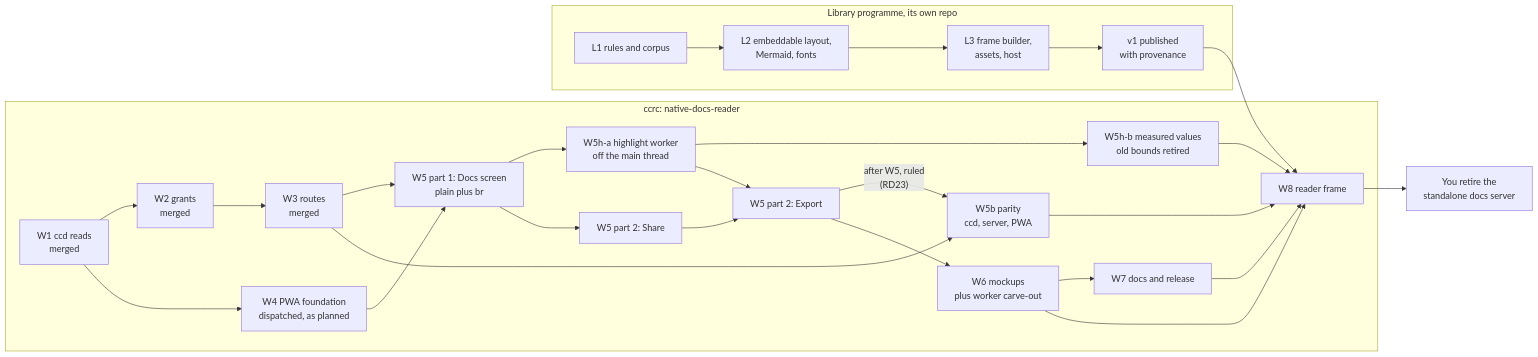
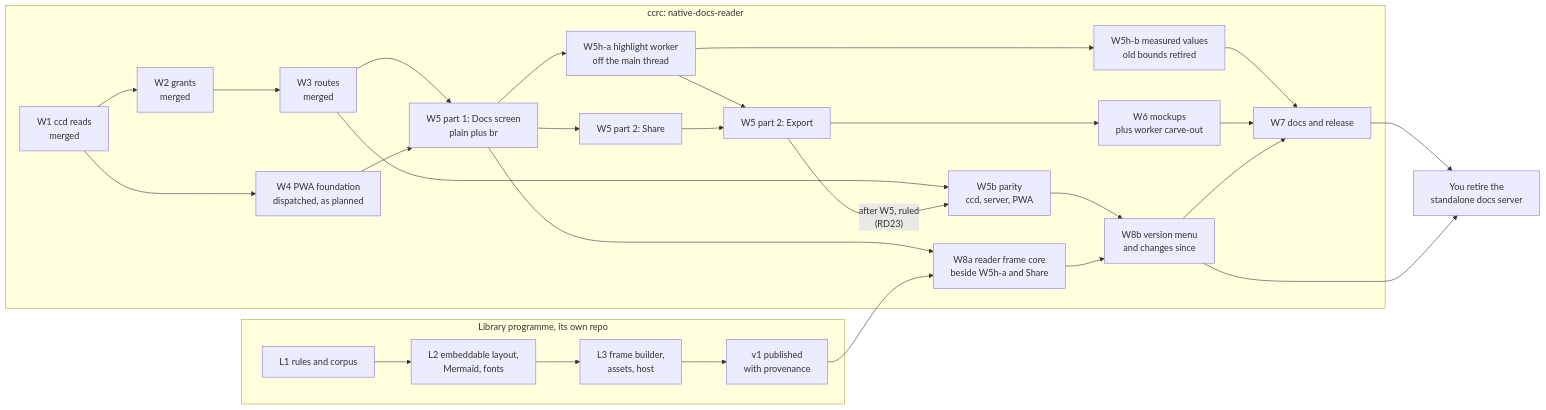
The third of 4 diagrams in docs/superpowers/specs/2026-10-12-rich-docs-reader-and-shared-renderer-design.md (Synapsium-Labs/ccrc-pwa), drawn with Mermaid before and after one commit. The commit also changed other lines of this file and 2 other files, not shown here.

First line of the commit message:
docs(native-docs-reader): the W8a plan (reader frame core), the spec's W8 split, and the operator's ruling

````diff
--- a/docs/superpowers/specs/2026-10-12-rich-docs-reader-and-shared-renderer-design.md
+++ b/docs/superpowers/specs/2026-10-12-rich-docs-reader-and-shared-renderer-design.md
@@ -611,26 +614,28 @@
 ```mermaid
 flowchart LR
   subgraph NDR["ccrc: native-docs-reader"]
     W1["W1 ccd reads<br/>merged"] --> W2["W2 grants<br/>merged"] --> W3["W3 routes<br/>merged"]
     W1 --> W4["W4 PWA foundation<br/>dispatched, as planned"]
     W3 --> W5["W5 part 1: Docs screen<br/>plain plus br"]
     W4 --> W5
     W5 --> W5h["W5h-a highlight worker<br/>off the main thread"]
     W5h --> W5hb["W5h-b measured values<br/>old bounds retired"]
-    W5hb --> W8
+    W5hb --> W7
     W5 --> W5s["W5 part 2: Share"]
     W5h --> W5e["W5 part 2: Export"]
     W5s --> W5e
     W3 --> W5b["W5b parity<br/>ccd, server, PWA"]
     W5e -->|"after W5, ruled<br/>(RD23)"| W5b
     W5e --> W6["W6 mockups<br/>plus worker carve-out"] --> W7["W7 docs and release"]
-    W5b --> W8["W8 reader frame"]
-    W6 --> W8
-    W7 --> W8
+    W5 --> W8a["W8a reader frame core<br/>beside W5h-a and Share"]
+    W5b --> W8b["W8b version menu<br/>and changes since"]
+    W8a --> W8b
+    W8b --> W7
   end
   subgraph LIBP["Library programme, its own repo"]
     LA["L1 rules and corpus"] --> LB["L2 embeddable layout,<br/>Mermaid, fonts"] --> LC["L3 frame builder,<br/>assets, host"] --> V1["v1 published<br/>with provenance"]
   end
-  V1 --> W8
-  W8 --> RET["You retire the<br/>standalone docs server"]
+  V1 --> W8a
+  W7 --> RET["You retire the<br/>standalone docs server"]
+  W8b --> RET
 ```
````
